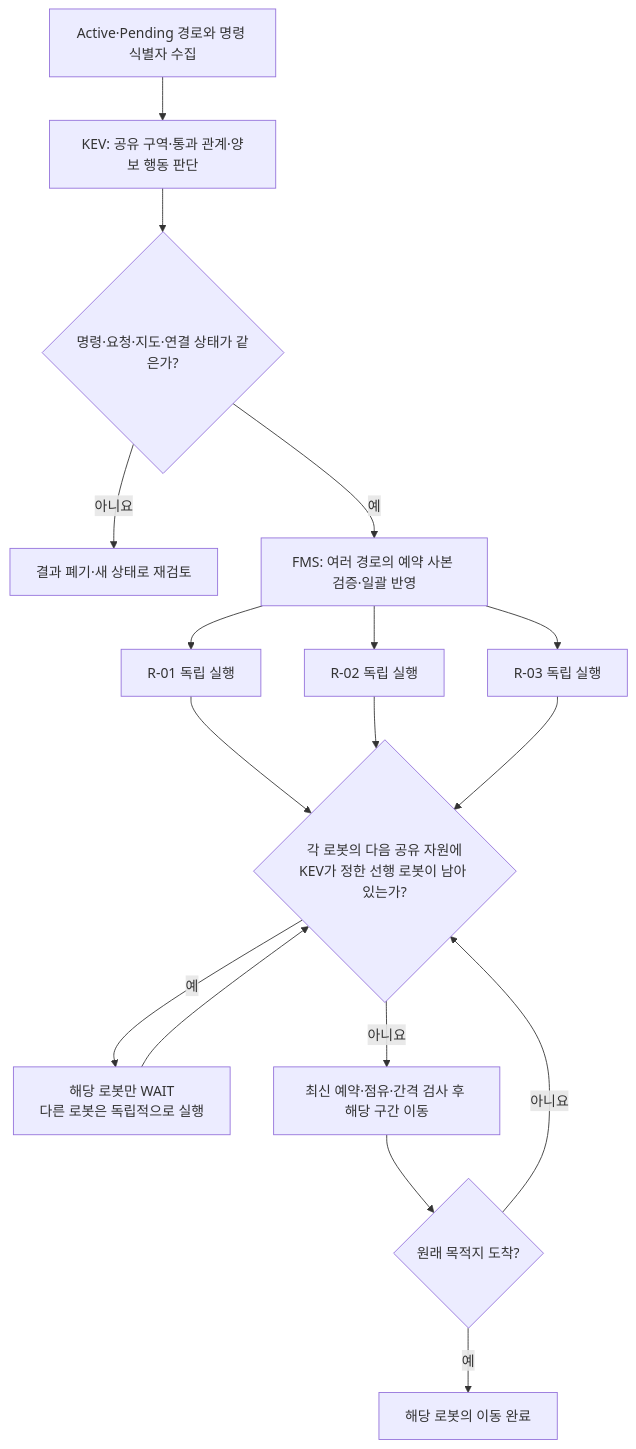
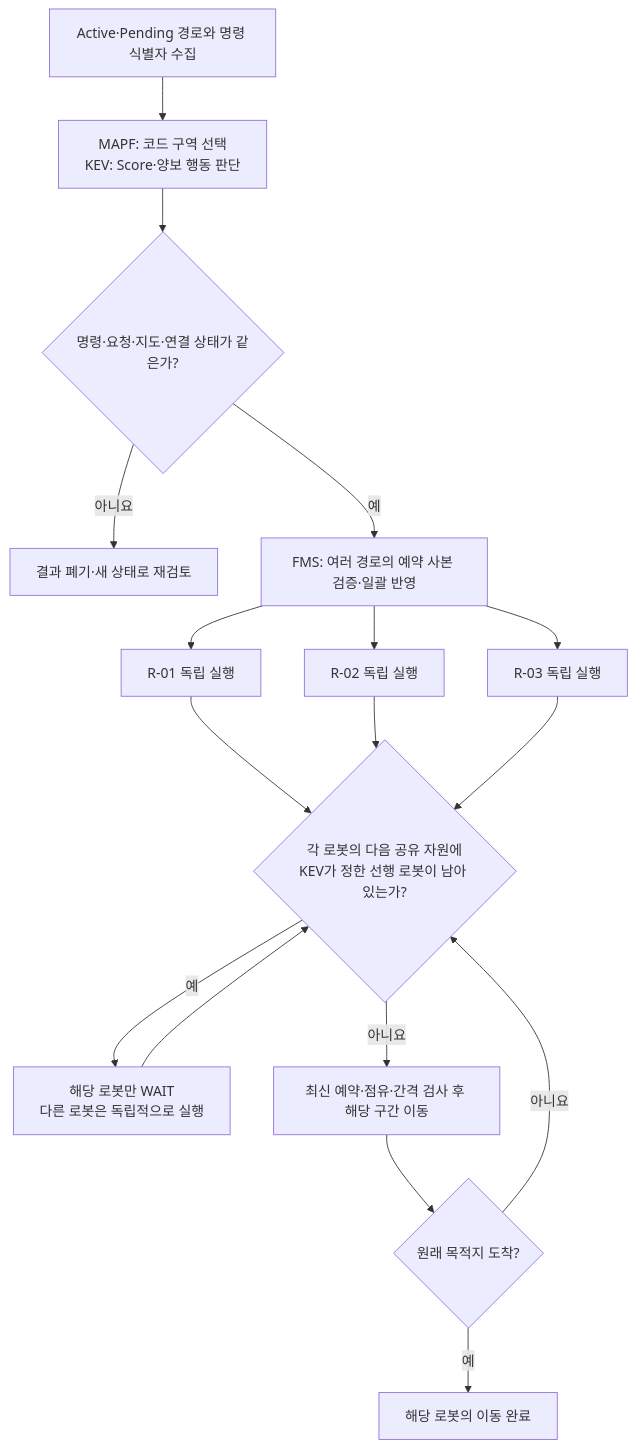
Before and after one commit to E1I6-Logistics/Logistics_AI: the fifth of 6 diagrams in docs/kev_mapf_flowchart.md, drawn with Mermaid. The commit also changed other lines of this file and 25 other files, not shown here.

First line of the commit message:
refactor(mapf): KEV 판단 단순화와 자동배차 시험 기록 개선

````diff
--- a/docs/kev_mapf_flowchart.md
+++ b/docs/kev_mapf_flowchart.md
@@ -277,19 +280,19 @@
 ```mermaid
 flowchart TD
-    A["Active·Pending 경로와 명령 식별자 수집"] --> B["KEV: 공유 구역·통과 관계·양보 행동 판단"]
+    A["Active·Pending 경로와 명령 식별자 수집"] --> B["MAPF: 코드 구역 선택<br/>KEV: Score·양보 행동 판단"]
     B --> C{"명령·요청·지도·연결 상태가 같은가?"}
     C -- 아니요 --> X["결과 폐기·새 상태로 재검토"]
     C -- 예 --> D["FMS: 여러 경로의 예약 사본 검증·일괄 반영"]
     D --> R1["R-01 독립 실행"]
     D --> R2["R-02 독립 실행"]
     D --> R3["R-03 독립 실행"]
     R1 --> E{"각 로봇의 다음 공유 자원에<br/>KEV가 정한 선행 로봇이 남아 있는가?"}
     R2 --> E
     R3 --> E
     E -- 예 --> W["해당 로봇만 WAIT<br/>다른 로봇은 독립적으로 실행"]
     W --> E
     E -- 아니요 --> F["최신 예약·점유·간격 검사 후 해당 구간 이동"]
     F --> G{"원래 목적지 도착?"}
     G -- 아니요 --> E
     G -- 예 --> H["해당 로봇의 이동 완료"]
 ```
````
